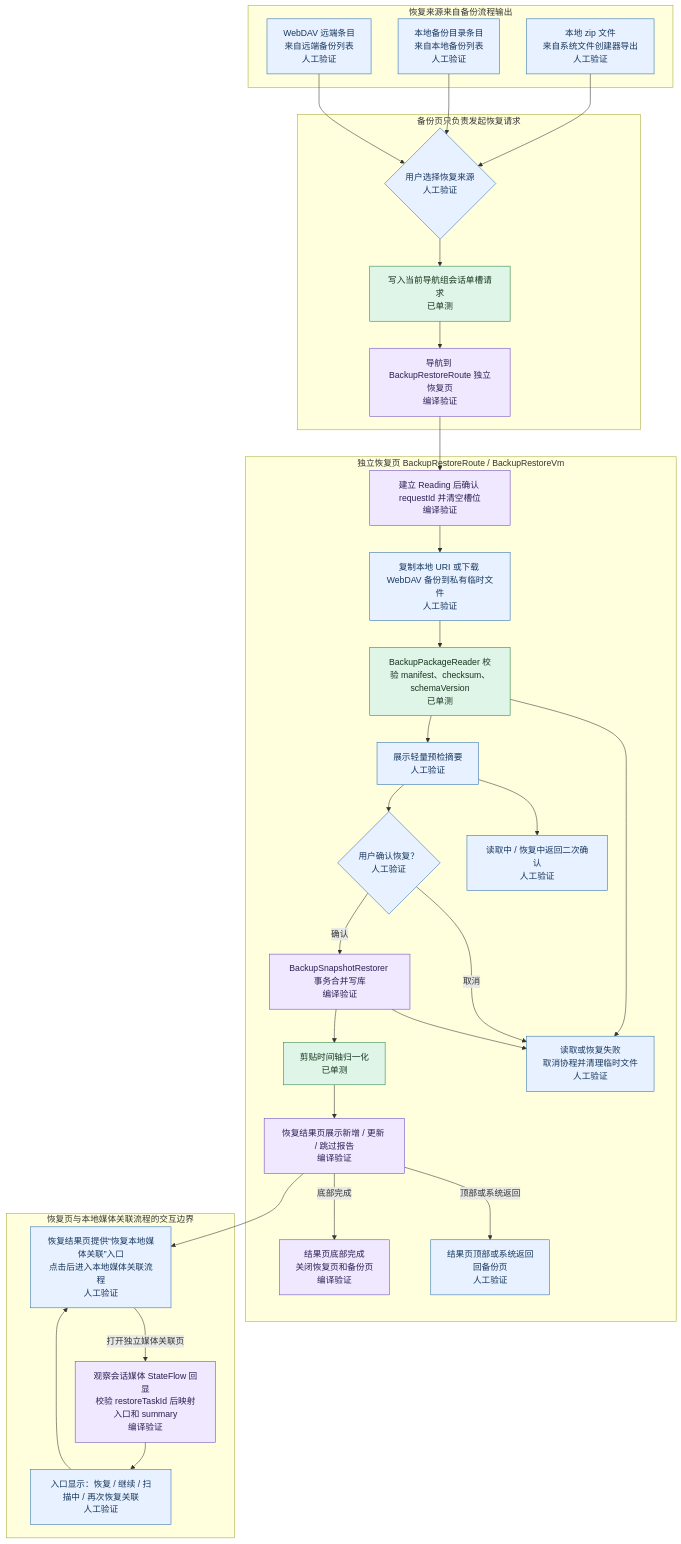
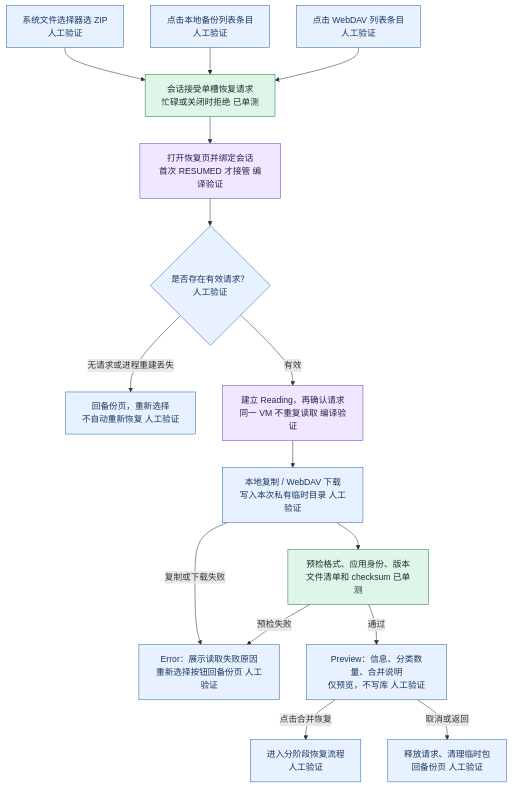
Diagram 11 of 14 in docs/webdav_backup_plan.md (lwcla/ClipMaster), drawn with Mermaid before and after one commit. The commit also changed other lines of this file and 39 other files, not shown here.

````diff
--- a/docs/webdav_backup_plan.md
+++ b/docs/webdav_backup_plan.md
@@ -838,65 +1248,23 @@
 ```mermaid
-%% title: 恢复流程
+%% title: 恢复页面：入口、读取与预览
 flowchart TD
-  subgraph RestoreSources["恢复来源来自备份流程输出"]
-    SourceFile["本地 zip 文件<br/>来自系统文件创建器导出<br/>人工验证"]:::manual
-    SourceLocal["本地备份目录条目<br/>来自本地备份列表<br/>人工验证"]:::manual
-    SourceRemote["WebDAV 远端条目<br/>来自远端备份列表<br/>人工验证"]:::manual
-  end
-
-  subgraph BackupPageRestore["备份页只负责发起恢复请求"]
-    ChooseRestore{"用户选择恢复来源<br/>人工验证"}:::manual
-    RestoreRequest["写入当前导航组会话单槽请求<br/>已单测"]:::unit
-    NavRestore["导航到 BackupRestoreRoute 独立恢复页<br/>编译验证"]:::compile
-  end
-
-  subgraph RestorePage["独立恢复页 BackupRestoreRoute / BackupRestoreVm"]
-    ClaimRequest["建立 Reading 后确认 requestId 并清空槽位<br/>编译验证"]:::compile
-    CopyTemp["复制本地 URI 或下载 WebDAV 备份到私有临时文件<br/>人工验证"]:::manual
-    Preview["BackupPackageReader 校验 manifest、checksum、schemaVersion<br/>已单测"]:::unit
-    PreviewUi["展示轻量预检摘要<br/>人工验证"]:::manual
-    Confirm{"用户确认恢复？<br/>人工验证"}:::manual
-    BackGuard["读取中 / 恢复中返回二次确认<br/>人工验证"]:::manual
-    Restore["BackupSnapshotRestorer 事务合并写库<br/>编译验证"]:::compile
-    TimeNorm["剪贴时间轴归一化<br/>已单测"]:::unit
-    Report["恢复结果页展示新增 / 更新 / 跳过报告<br/>编译验证"]:::compile
-    ReportDone["结果页底部完成<br/>关闭恢复页和备份页<br/>编译验证"]:::compile
-    ReportBack["结果页顶部或系统返回<br/>回备份页<br/>人工验证"]:::manual
-    RestoreFailure["读取或恢复失败<br/>取消协程并清理临时文件<br/>人工验证"]:::manual
-  end
-
-  subgraph MediaBoundary["恢复页与本地媒体关联流程的交互边界"]
-    MediaEntry["恢复结果页提供“恢复本地媒体关联”入口<br/>点击后进入本地媒体关联流程<br/>人工验证"]:::manual
-    MediaResult["观察会话媒体 StateFlow 回显<br/>校验 restoreTaskId 后映射入口和 summary<br/>编译验证"]:::compile
-    EntryState["入口显示：恢复 / 继续 / 扫描中 / 再次恢复关联<br/>人工验证"]:::manual
-  end
-
-  SourceFile --> ChooseRestore
-  SourceLocal --> ChooseRestore
-  SourceRemote --> ChooseRestore
-  ChooseRestore --> RestoreRequest
-  RestoreRequest --> NavRestore
-  NavRestore --> ClaimRequest
-  ClaimRequest --> CopyTemp
-  CopyTemp --> Preview
-  Preview --> PreviewUi
-  Preview --> RestoreFailure
-  PreviewUi --> Confirm
-  PreviewUi --> BackGuard
-  Confirm -->|"确认"| Restore
-  Confirm -->|"取消"| RestoreFailure
-  Restore --> TimeNorm
-  TimeNorm --> Report
-  Report -->|"底部完成"| ReportDone
-  Report -->|"顶部或系统返回"| ReportBack
-  Restore --> RestoreFailure
-  Report --> MediaEntry
-  MediaEntry -->|"打开独立媒体关联页"| MediaResult
-  MediaResult --> EntryState
-  EntryState --> MediaEntry
+  File["系统文件选择器选 ZIP<br/>人工验证"]:::manual --> Request
+  Local["点击本地备份列表条目<br/>人工验证"]:::manual --> Request
+  Remote["点击 WebDAV 列表条目<br/>人工验证"]:::manual --> Request
+  Request["会话接受单槽恢复请求<br/>忙碌或关闭时拒绝 已单测"]:::unit --> Visible
+  Visible["打开恢复页并绑定会话<br/>首次 RESUMED 才接管 编译验证"]:::compile --> Valid
+  Valid{"是否存在有效请求？<br/>人工验证"}:::manual
+  Valid -->|"无请求或进程重建丢失"| Back["回备份页，重新选择<br/>不自动重新恢复 人工验证"]:::manual
+  Valid -->|"有效"| Reading["建立 Reading，再确认请求<br/>同一 VM 不重复读取 编译验证"]:::compile
+  Reading --> Temp["本地复制 / WebDAV 下载<br/>写入本次私有临时目录 人工验证"]:::manual
+  Temp --> Verify["预检格式、应用身份、版本<br/>文件清单和 checksum 已单测"]:::unit
+  Temp -->|"复制或下载失败"| Error
+  Verify -->|"预检失败"| Error["Error：展示读取失败原因<br/>重新选择按钮回备份页 人工验证"]:::manual
+  Verify -->|"通过"| Preview["Preview：信息、分类数量、合并说明<br/>仅预览，不写库 人工验证"]:::manual
+  Preview -->|"点击合并恢复"| Restore["进入分阶段恢复流程<br/>人工验证"]:::manual
+  Preview -->|"取消或返回"| Clean["释放请求、清理临时包<br/>回备份页 人工验证"]:::manual
 
   classDef unit fill:#dff5e7,stroke:#26804b,color:#16351f;
-  classDef todo fill:#fff1cc,stroke:#b7791f,color:#3d2a05;
   classDef manual fill:#e8f1ff,stroke:#2b6cb0,color:#17375e;
   classDef compile fill:#efe8ff,stroke:#6b46c1,color:#2d1f53;
 ```
````
